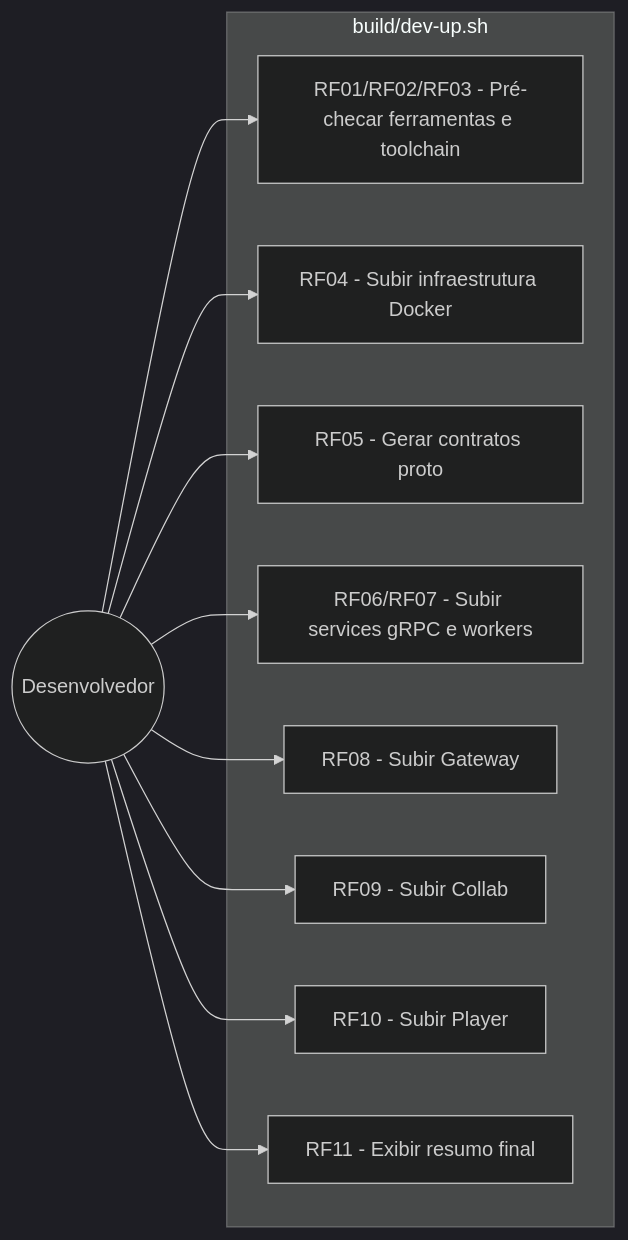
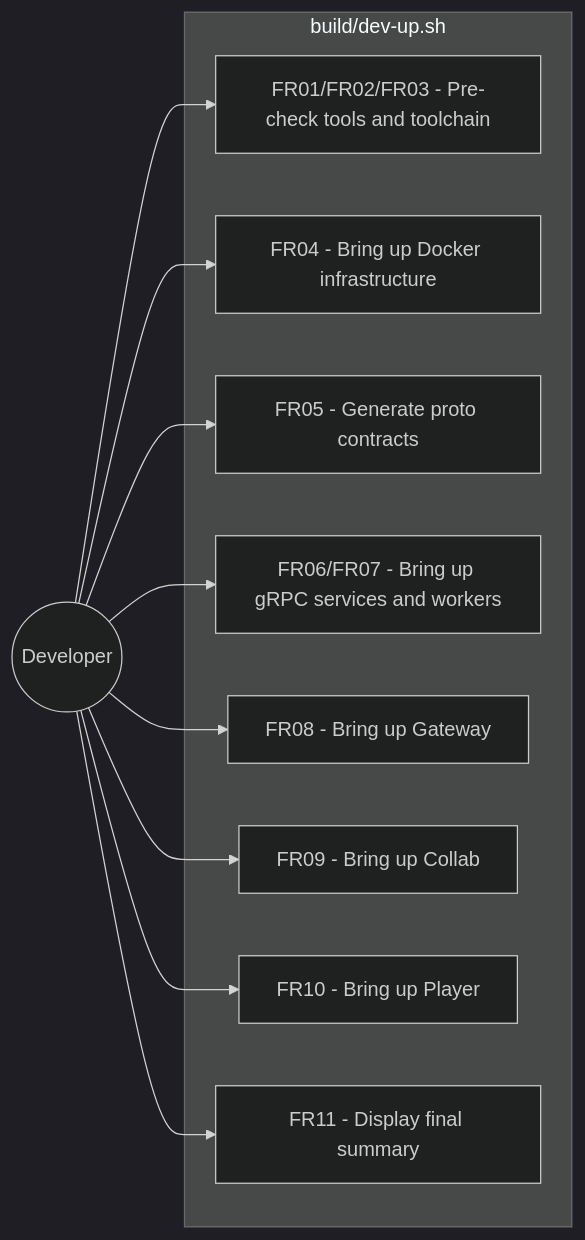
One commit to GiovaniRodrigo/arquitetura-mach-saas-nocode changed the first of 2 diagrams in specs/005-comando-inicializacao-local/spec.md. Above: the diagram before and after it, drawn with Mermaid (dark theme). The commit also changed other lines of this file and 86 other files, not shown here.

````diff
--- a/specs/005-comando-inicializacao-local/spec.md
+++ b/specs/005-comando-inicializacao-local/spec.md
@@ -69,22 +69,22 @@
 ```mermaid
 flowchart LR
-  dev((Desenvolvedor))
+  dev((Developer))
   subgraph Sistema["build/dev-up.sh"]
-    UC1[RF01/RF02/RF03 - Pré-checar ferramentas e toolchain]
-    UC2[RF04 - Subir infraestrutura Docker]
-    UC3[RF05 - Gerar contratos proto]
-    UC4[RF06/RF07 - Subir services gRPC e workers]
-    UC5[RF08 - Subir Gateway]
-    UC6[RF09 - Subir Collab]
-    UC7[RF10 - Subir Player]
-    UC8[RF11 - Exibir resumo final]
+    UC1[FR01/FR02/FR03 - Pre-check tools and toolchain]
+    UC2[FR04 - Bring up Docker infrastructure]
+    UC3[FR05 - Generate proto contracts]
+    UC4[FR06/FR07 - Bring up gRPC services and workers]
+    UC5[FR08 - Bring up Gateway]
+    UC6[FR09 - Bring up Collab]
+    UC7[FR10 - Bring up Player]
+    UC8[FR11 - Display final summary]
   end
   dev --> UC1
   dev --> UC2
   dev --> UC3
   dev --> UC4
   dev --> UC5
   dev --> UC6
   dev --> UC7
   dev --> UC8
 ```
````
